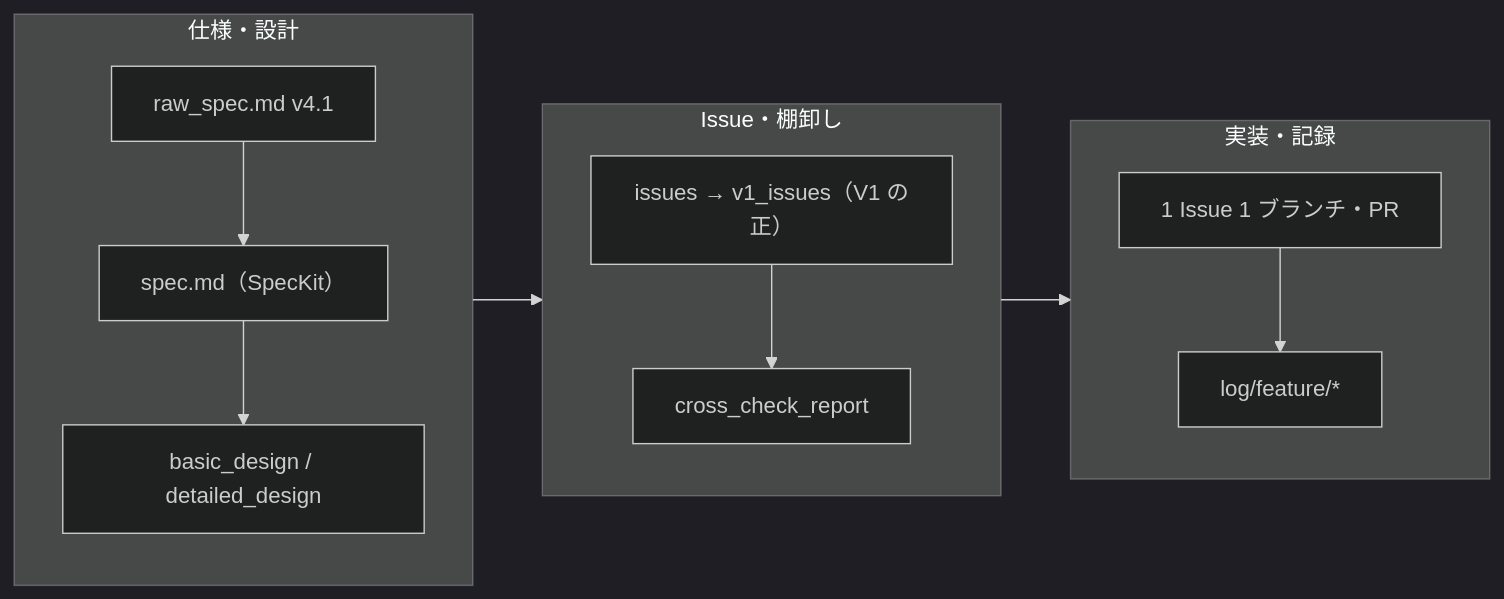
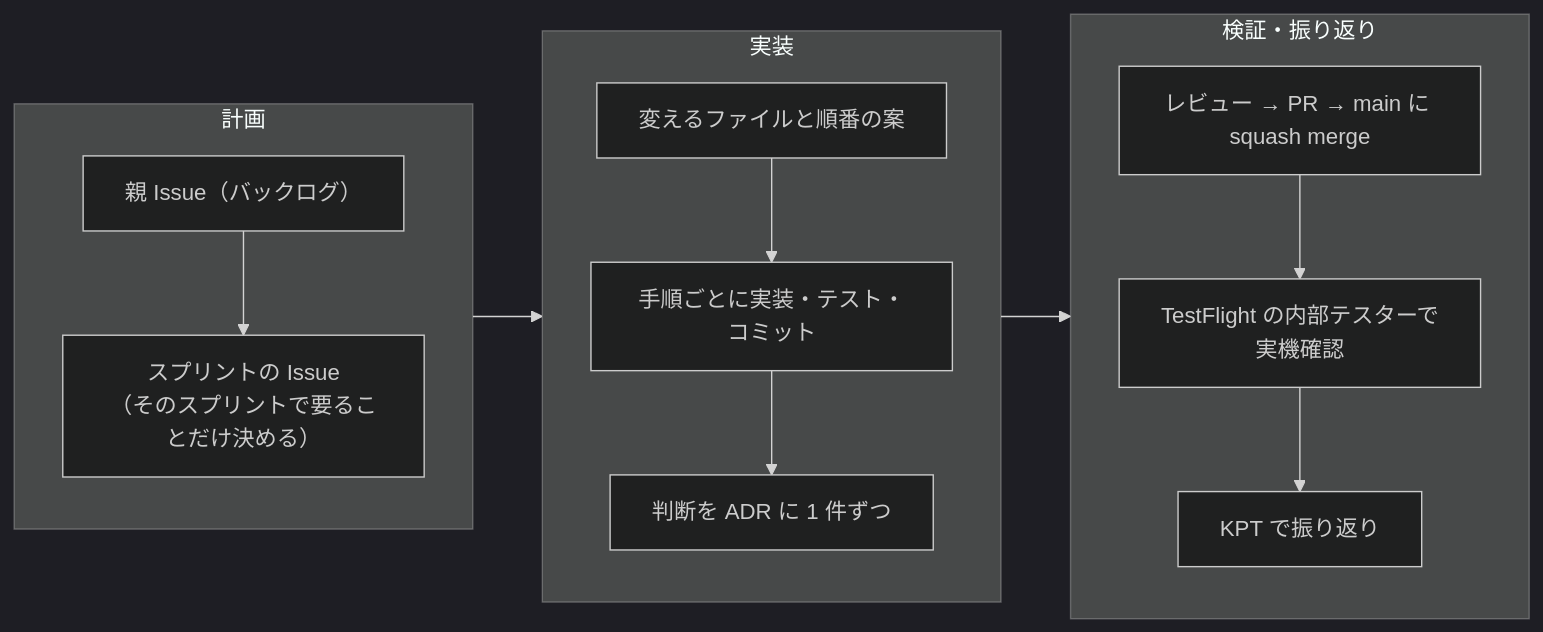
Before and after one commit to omomi-moti/Karaoke_support: the diagram in docs/development_process.md, drawn with Mermaid (dark theme). The commit also changed other lines of this file and 1 other file, not shown here.

````diff
--- a/docs/development_process.md
+++ b/docs/development_process.md
@@ -21,17 +21,18 @@
 ```mermaid
 flowchart LR
-    subgraph G1["仕様・設計"]
+    subgraph G1["計画"]
         direction TB
-        R["raw_spec.md v4.1"] --> S["spec.md（SpecKit）"]
-        S --> BD["basic_design / detailed_design"]
+        P["親 Issue（バックログ）"] --> S["スプリントの Issue<br/>（そのスプリントで要ることだけ決める）"]
     end
-    subgraph G2["Issue・棚卸し"]
+    subgraph G2["実装"]
         direction TB
-        ISS["issues → v1_issues（V1 の正）"] --> CC["cross_check_report"]
+        PL["変えるファイルと順番の案"] --> ST["手順ごとに実装・テスト・コミット"]
+        ST --> ADR["判断を ADR に 1 件ずつ"]
     end
-    subgraph G3["実装・記録"]
+    subgraph G3["検証・振り返り"]
         direction TB
-        BR["1 Issue 1 ブランチ・PR"] --> LG["log/feature/*"]
+        RV["レビュー → PR → main に squash merge"] --> TF["TestFlight の内部テスターで実機確認"]
+        TF --> KPT["KPT で振り返り"]
     end
     G1 --> G2 --> G3
 ```
````
